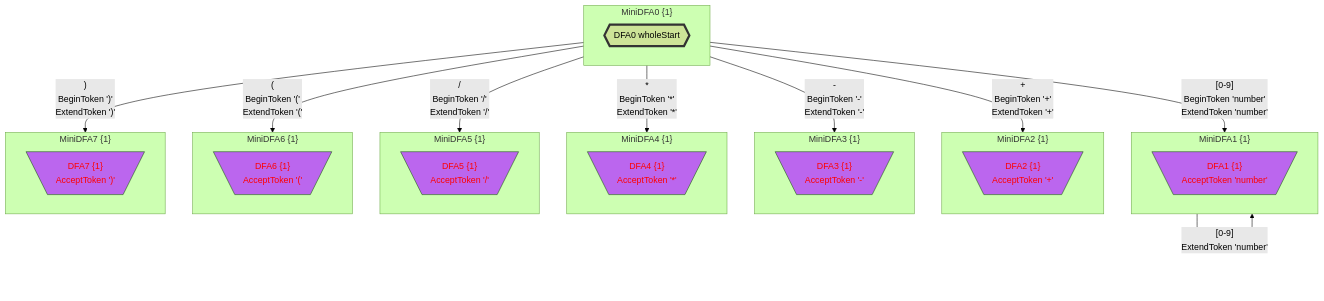
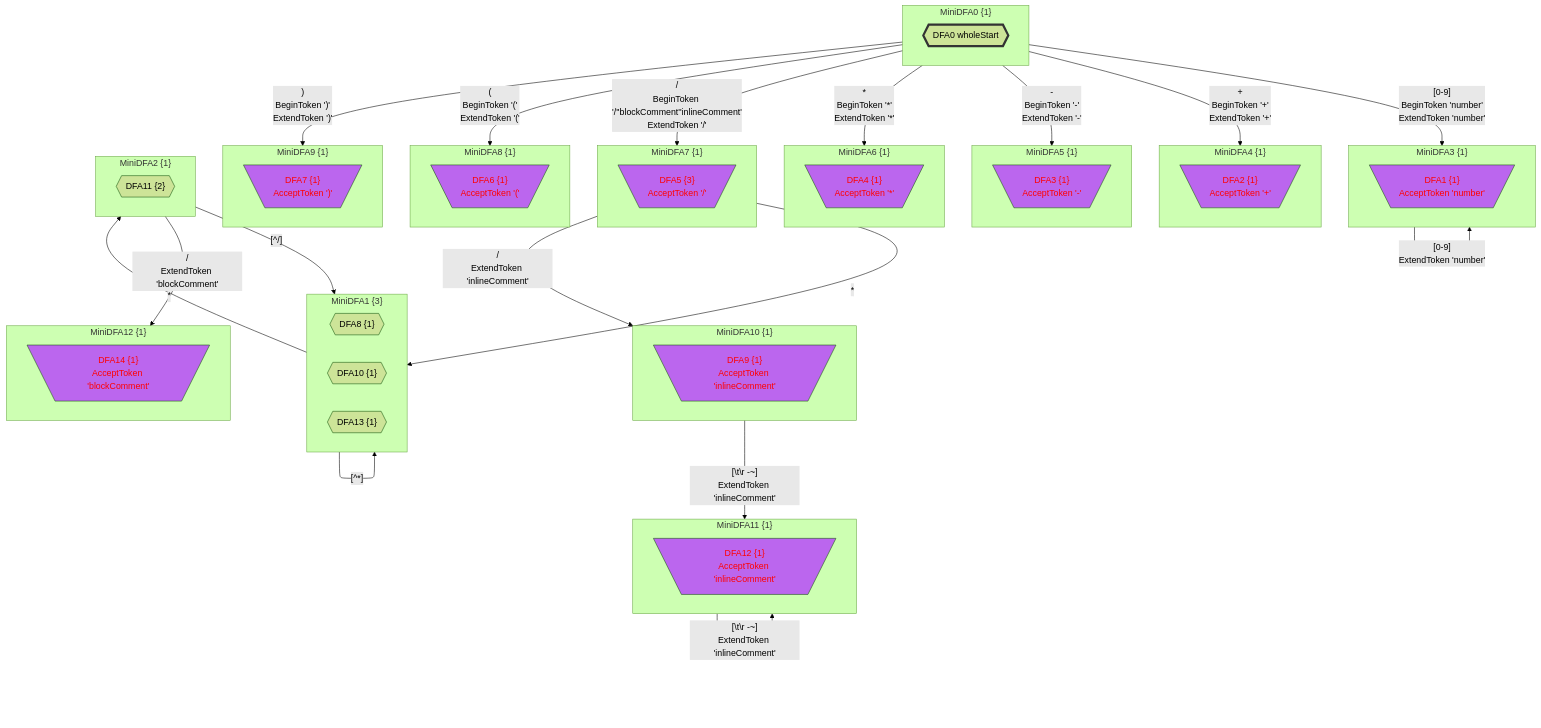
One commit to bitzhuwei/GrammarMentor changed the sixth of 7 diagrams in Practices/Practice.GeneratedXxxFormat.Test/GeneratedCalc/doc/LexicalStates.gen.md. Above: the diagram before and after it, drawn with Mermaid (forest theme). The commit also changed other lines of this file and 3868 other files, not shown here.

````diff
--- a/Practices/Practice.GeneratedXxxFormat.Test/GeneratedCalc/doc/LexicalStates.gen.md
+++ b/Practices/Practice.GeneratedXxxFormat.Test/GeneratedCalc/doc/LexicalStates.gen.md
@@ -784,74 +1167,112 @@
 classDef c1101 stroke:#333,stroke-width:4px,fill:#BB66EE,color:#FF0000;
 classDef c1110 stroke:#333,stroke-width:4px,fill:#BB66EE,stroke-dasharray: 10 10;
 classDef c1111 stroke:#333,stroke-width:4px,fill:#BB66EE,stroke-dasharray: 10 10,color:#FF0000;
-subgraph MiniDFA0_-1091152074["MiniDFA0 {1}"]
-DFA0_1371898302_0{{"DFA0 wholeStart"}}
-class DFA0_1371898302_0 c1000;
+subgraph MiniDFA0_1938844696["MiniDFA0 {1}"]
+DFA0_-466580192_0{{"DFA0 wholeStart"}}
+class DFA0_-466580192_0 c1000;
 end
-class MiniDFA0_-1091152074 c1000;
-subgraph MiniDFA1_-535935755["MiniDFA1 {1}"]
-DFA1_736285203_1[\"DFA1 {1}
+class MiniDFA0_1938844696 c1000;
+subgraph MiniDFA3_-536073564["MiniDFA3 {1}"]
+DFA1_-1093464317_1[\"DFA1 {1}
 AcceptToken 'number'"/]
-class DFA1_736285203_1 c0101;
+class DFA1_-1093464317_1 c0101;
 end
-class MiniDFA1_-535935755 c0101;
-subgraph MiniDFA2_1414120990["MiniDFA2 {1}"]
-DFA2_24116860_2[\"DFA2 {1}
+class MiniDFA3_-536073564 c0101;
+subgraph MiniDFA4_-1334831830["MiniDFA4 {1}"]
+DFA2_946815801_2[\"DFA2 {1}
 AcceptToken '+'"/]
-class DFA2_24116860_2 c0101;
+class DFA2_946815801_2 c0101;
 end
-class MiniDFA2_1414120990 c0101;
-subgraph MiniDFA3_43568831["MiniDFA3 {1}"]
-DFA3_1215392932_3[\"DFA3 {1}
+class MiniDFA4_-1334831830 c0101;
+subgraph MiniDFA5_935629358["MiniDFA5 {1}"]
+DFA3_-1934379784_3[\"DFA3 {1}
 AcceptToken '-'"/]
-class DFA3_1215392932_3 c0101;
+class DFA3_-1934379784_3 c0101;
 end
-class MiniDFA3_43568831 c0101;
-subgraph MiniDFA4_1354508476["MiniDFA4 {1}"]
-DFA4_-740876899_4[\"DFA4 {1}
+class MiniDFA5_935629358 c0101;
+subgraph MiniDFA6_-115108059["MiniDFA6 {1}"]
+DFA4_344512846_4[\"DFA4 {1}
 AcceptToken '*'"/]
-class DFA4_-740876899_4 c0101;
+class DFA4_344512846_4 c0101;
 end
-class MiniDFA4_1354508476 c0101;
-subgraph MiniDFA5_1421150537["MiniDFA5 {1}"]
-DFA5_-2132989191_5[\"DFA5 {1}
+class MiniDFA6_-115108059 c0101;
+subgraph MiniDFA7_264045022["MiniDFA7 {1}"]
+DFA5_-1207796552_5[\"DFA5 {3}
 AcceptToken '/'"/]
-class DFA5_-2132989191_5 c0101;
+class DFA5_-1207796552_5 c0101;
 end
-class MiniDFA5_1421150537 c0101;
-subgraph MiniDFA6_481334329["MiniDFA6 {1}"]
-DFA6_-489194620_6[\"DFA6 {1}
+class MiniDFA7_264045022 c0101;
+subgraph MiniDFA8_2053636133["MiniDFA8 {1}"]
+DFA6_-1232478392_6[\"DFA6 {1}
 AcceptToken '('"/]
-class DFA6_-489194620_6 c0101;
+class DFA6_-1232478392_6 c0101;
 end
-class MiniDFA6_481334329 c0101;
-subgraph MiniDFA7_1635294136["MiniDFA7 {1}"]
-DFA7_431494236_7[\"DFA7 {1}
+class MiniDFA8_2053636133 c0101;
+subgraph MiniDFA9_521877951["MiniDFA9 {1}"]
+DFA7_-1911608150_7[\"DFA7 {1}
 AcceptToken ')'"/]
-class DFA7_431494236_7 c0101;
+class DFA7_-1911608150_7 c0101;
 end
-class MiniDFA7_1635294136 c0101;
-MiniDFA0_-1091152074 -->|"[0-9]
+class MiniDFA9_521877951 c0101;
+subgraph MiniDFA1_-1908093477["MiniDFA1 {3}"]
+DFA8_-2126796951_8{{"DFA8 {1}"}}
+DFA10_1709820913_9{{"DFA10 {1}"}}
+DFA13_546524016_10{{"DFA13 {1}"}}
+end
+subgraph MiniDFA10_1096893112["MiniDFA10 {1}"]
+DFA9_1544858617_11[\"DFA9 {1}
+AcceptToken 'inlineComment'"/]
+class DFA9_1544858617_11 c0101;
+end
+class MiniDFA10_1096893112 c0101;
+subgraph MiniDFA2_-1226756194["MiniDFA2 {1}"]
+DFA11_816023626_12{{"DFA11 {2}"}}
+end
+subgraph MiniDFA11_-1136834600["MiniDFA11 {1}"]
+DFA12_1452258063_13[\"DFA12 {1}
+AcceptToken 'inlineComment'"/]
+class DFA12_1452258063_13 c0101;
+end
+class MiniDFA11_-1136834600 c0101;
+subgraph MiniDFA12_1170201576["MiniDFA12 {1}"]
+DFA14_-1224855203_14[\"DFA14 {1}
+AcceptToken 'blockComment'"/]
+class DFA14_-1224855203_14 c0101;
+end
+class MiniDFA12_1170201576 c0101;
+MiniDFA0_1938844696 -->|"[0-9]
 BeginToken 'number'
-ExtendToken 'number'"|MiniDFA1_-535935755
-MiniDFA0_-1091152074 -->|"+
+ExtendToken 'number'"|MiniDFA3_-536073564
+MiniDFA0_1938844696 -->|"+
 BeginToken '+'
-ExtendToken '+'"|MiniDFA2_1414120990
-MiniDFA0_-1091152074 -->|"-
+ExtendToken '+'"|MiniDFA4_-1334831830
+MiniDFA0_1938844696 -->|"-
 BeginToken '-'
-ExtendToken '-'"|MiniDFA3_43568831
-MiniDFA0_-1091152074 -->|"*
+ExtendToken '-'"|MiniDFA5_935629358
+MiniDFA0_1938844696 -->|"*
 BeginToken '*'
-ExtendToken '*'"|MiniDFA4_1354508476
-MiniDFA0_-1091152074 -->|"/
-BeginToken '/'
-ExtendToken '/'"|MiniDFA5_1421150537
-MiniDFA0_-1091152074 -->|"(
+ExtendToken '*'"|MiniDFA6_-115108059
+MiniDFA0_1938844696 -->|"/
+BeginToken '/''blockComment''inlineComment'
+ExtendToken '/'"|MiniDFA7_264045022
+MiniDFA0_1938844696 -->|"(
 BeginToken '('
-ExtendToken '('"|MiniDFA6_481334329
-MiniDFA0_-1091152074 -->|")
+ExtendToken '('"|MiniDFA8_2053636133
+MiniDFA0_1938844696 -->|")
 BeginToken ')'
-ExtendToken ')'"|MiniDFA7_1635294136
-MiniDFA1_-535935755 -->|"[0-9]
-ExtendToken 'number'"|MiniDFA1_-535935755
+ExtendToken ')'"|MiniDFA9_521877951
+MiniDFA3_-536073564 -->|"[0-9]
+ExtendToken 'number'"|MiniDFA3_-536073564
+MiniDFA7_264045022 -->|"*"|MiniDFA1_-1908093477
+MiniDFA7_264045022 -->|"/
+ExtendToken 'inlineComment'"|MiniDFA10_1096893112
+MiniDFA1_-1908093477 -->|"[^*]"|MiniDFA1_-1908093477
+MiniDFA1_-1908093477 -->|"*"|MiniDFA2_-1226756194
+MiniDFA10_1096893112 -->|"[#92;t#92;r#32;-~]
+ExtendToken 'inlineComment'"|MiniDFA11_-1136834600
+MiniDFA2_-1226756194 -->|"[^/]"|MiniDFA1_-1908093477
+MiniDFA2_-1226756194 -->|"/
+ExtendToken 'blockComment'"|MiniDFA12_1170201576
+MiniDFA11_-1136834600 -->|"[#92;t#92;r#32;-~]
+ExtendToken 'inlineComment'"|MiniDFA11_-1136834600
 ```
````
